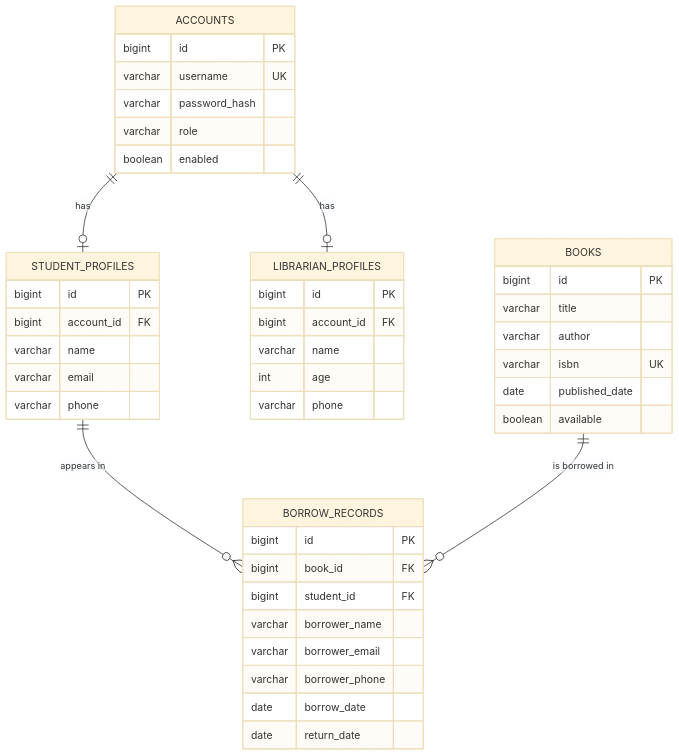
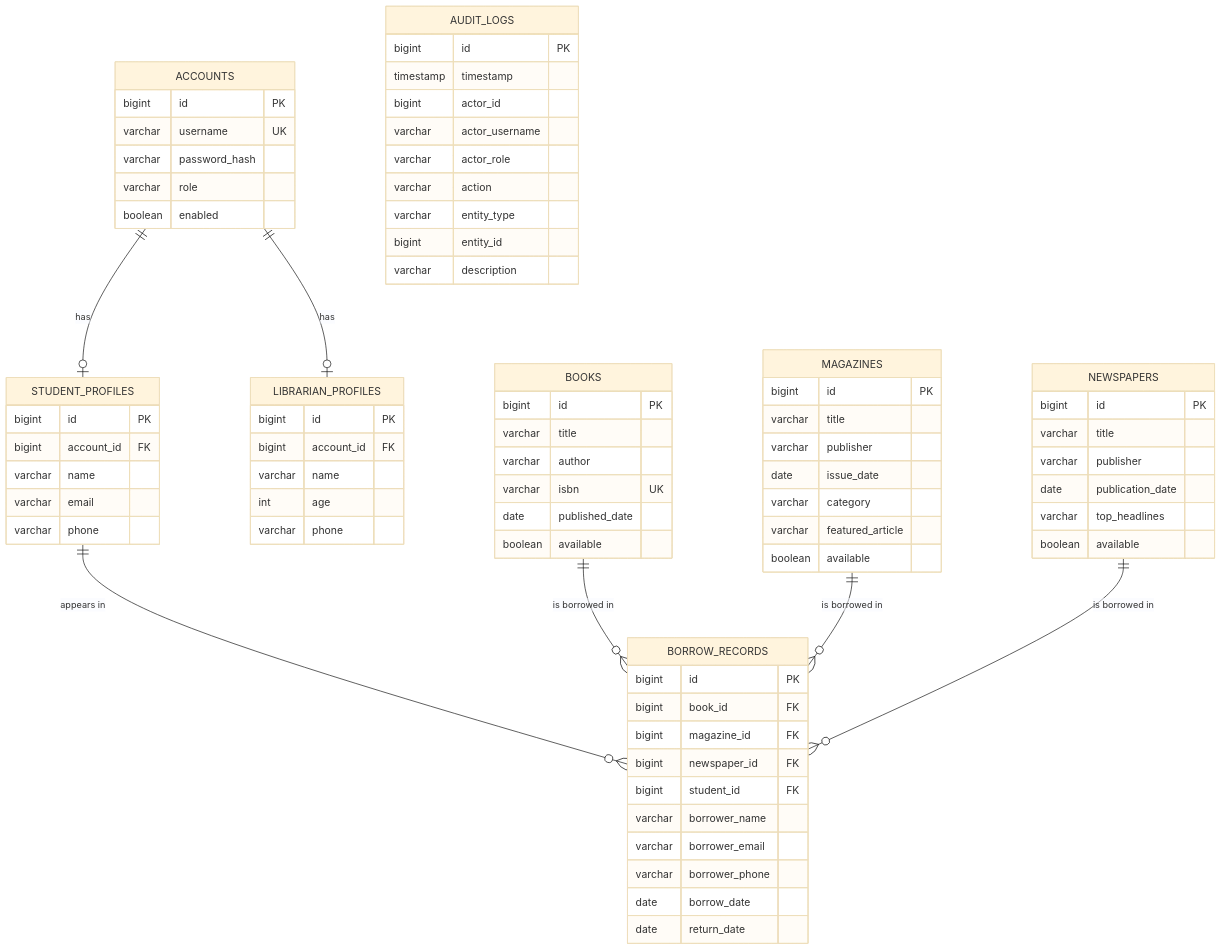
One commit to prathamkashyap/libris changed the fourth of 6 diagrams in docs/PROJECT_OVERVIEW.md. Above: the diagram before and after it, drawn with Mermaid (base theme). The commit also changed other lines of this file and 18 other files, not shown here.

````diff
--- a/docs/PROJECT_OVERVIEW.md
+++ b/docs/PROJECT_OVERVIEW.md
@@ -253,47 +254,79 @@
 ```mermaid
 erDiagram
     ACCOUNTS ||--o| STUDENT_PROFILES : "has"
     ACCOUNTS ||--o| LIBRARIAN_PROFILES : "has"
     STUDENT_PROFILES ||--o{ BORROW_RECORDS : "appears in"
     BOOKS ||--o{ BORROW_RECORDS : "is borrowed in"
+    MAGAZINES ||--o{ BORROW_RECORDS : "is borrowed in"
+    NEWSPAPERS ||--o{ BORROW_RECORDS : "is borrowed in"
 
     ACCOUNTS {
       bigint id PK
       varchar username UK
       varchar password_hash
       varchar role
       boolean enabled
     }
     STUDENT_PROFILES {
       bigint id PK
       bigint account_id FK
       varchar name
       varchar email
       varchar phone
     }
     LIBRARIAN_PROFILES {
       bigint id PK
       bigint account_id FK
       varchar name
       int age
       varchar phone
     }
     BOOKS {
       bigint id PK
       varchar title
       varchar author
       varchar isbn UK
       date published_date
       boolean available
     }
+    MAGAZINES {
+      bigint id PK
+      varchar title
+      varchar publisher
+      date issue_date
+      varchar category
+      varchar featured_article
+      boolean available
+    }
+    NEWSPAPERS {
+      bigint id PK
+      varchar title
+      varchar publisher
+      date publication_date
+      varchar top_headlines
+      boolean available
+    }
     BORROW_RECORDS {
       bigint id PK
       bigint book_id FK
+      bigint magazine_id FK
+      bigint newspaper_id FK
       bigint student_id FK
       varchar borrower_name
       varchar borrower_email
       varchar borrower_phone
       date borrow_date
       date return_date
     }
+    AUDIT_LOGS {
+      bigint id PK
+      timestamp timestamp
+      bigint actor_id
+      varchar actor_username
+      varchar actor_role
+      varchar action
+      varchar entity_type
+      bigint entity_id
+      varchar description
+    }
 ```
````
